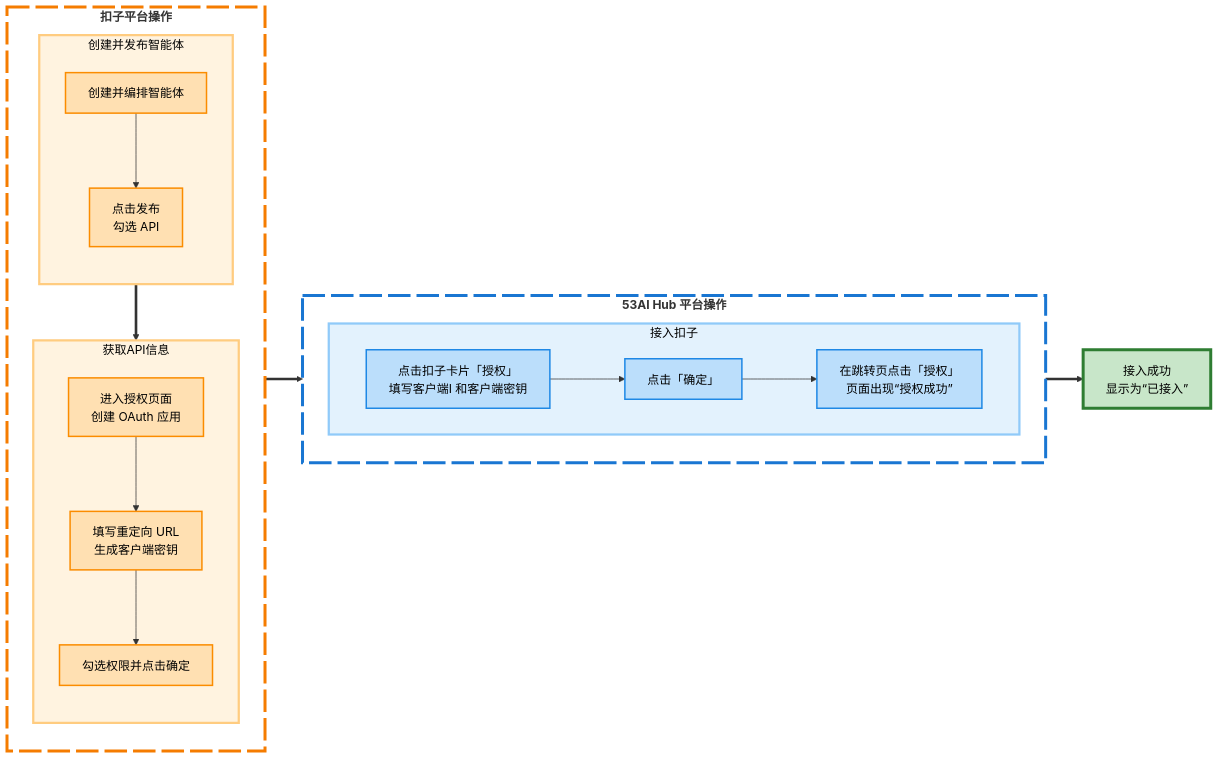
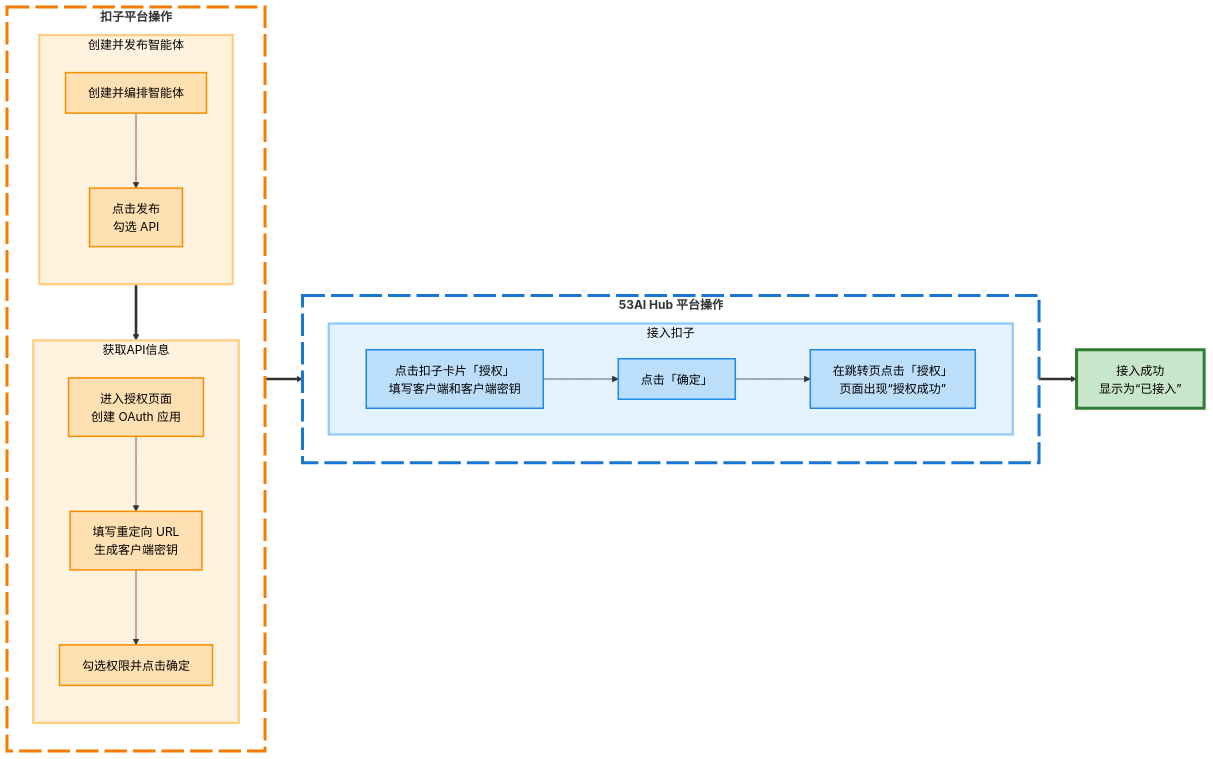
Before and after one commit to SeekArt/docs: the first of 4 diagrams in 手册/站点配置/平台接入.md, drawn with Mermaid. The commit also changed other lines of this file and 22 other files, not shown here.

````diff
--- a/手册/站点配置/平台接入.md
+++ b/手册/站点配置/平台接入.md
@@ -85,44 +39,44 @@
 ```mermaid
 flowchart LR
 
 subgraph one["扣子平台操作"]
 direction TB
 subgraph step1["创建并发布智能体"]
 direction TB
 A1["创建并编排智能体"] --> A2["点击发布<br>勾选 API"]
 end
 subgraph step2["获取API信息"]
 direction TB
 A3["进入授权页面<br>创建 OAuth 应用"] --> A4["填写重定向 URL<br>生成客户端密钥"] --> A5["勾选权限并点击确定"]
 end
 end
 subgraph two["53AI Hub 平台操作"]
 direction TB
 subgraph step3["接入扣子"]
-B1["点击扣子卡片「授权」<br>填写客户端I 和客户端密钥"]-->B2["点击「确定」"]
+B1["点击扣子卡片「授权」<br>填写客户端和客户端密钥"]-->B2["点击「确定」"]
 -->B3["在跳转页点击「授权」<br>页面出现“授权成功”"]
 end
 end
 C1["接入成功<br>显示为“已接入”"]
 
 step1 ==> step2==>step3 ==>C1
 
 classDef difyStep fill:#FFE0B2,stroke:#FB8C00,stroke-width:2px,color:#000000
 classDef hubStep fill:#BBDEFB,stroke:#1E88E5,stroke-width:2px,color:#000000
 classDef successStep fill:#C8E6C9,stroke:#2E7D32,stroke-width:4px,color:#000000
 
 classDef stepBox1 fill:#FFF3E0,stroke:#FFCC80,stroke-width:3px,color:#000000
 classDef stepBox2 fill:#E3F2FD,stroke:#90CAF9,stroke-width:3px,color:#000000
 
 class A1,A2,A3,A4,A5 difyStep
 class B1,B2,B3,B4 hubStep
 class C1 successStep
 
 class step1 stepBox1
 class step2 stepBox1
 class step3 stepBox2
 class step4 stepBox2
 
 style one fill:transparent,stroke:#F57C00,stroke-width:4px,stroke-dasharray: 30 8,font-weight:bold
 style two fill:transparent,stroke:#1976D2,stroke-width:4px,stroke-dasharray: 30 8,font-weight:bold
 ```
````
